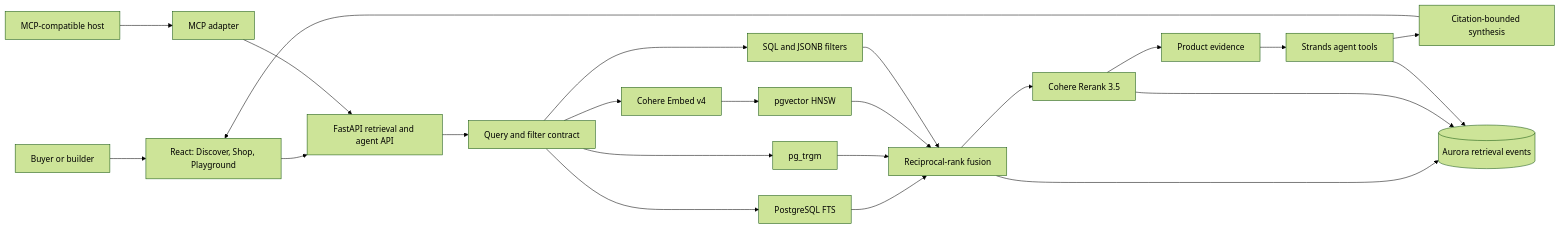
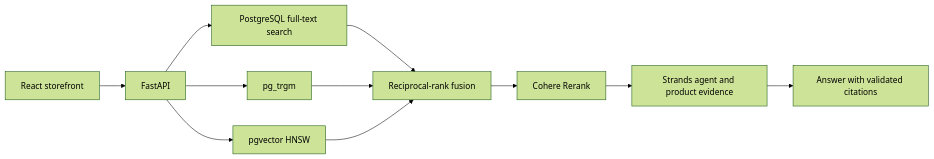
The diagram in README.md (aws-samples/sample-agentic-hybrid-retrieval-aurora-postgresql), drawn with Mermaid (forest theme) before and after one commit. The commit also changed other lines of this file, not shown here.

````diff
--- a/README.md
+++ b/README.md
@@ -287,28 +92,13 @@
 ```mermaid
 flowchart LR
-    U[Buyer or builder] --> UI[React: Discover, Shop, Playground]
-    UI --> API[FastAPI retrieval and agent API]
-    H[MCP-compatible host] --> MCP[MCP adapter]
-    MCP --> API
-
-    API --> Q[Query and filter contract]
-    Q --> FTS[PostgreSQL FTS]
-    Q --> TRI[pg_trgm]
-    Q --> EMB[Cohere Embed v4]
-    EMB --> HNSW[pgvector HNSW]
-    Q --> FIL[SQL and JSONB filters]
-
+    UI[React storefront] --> API[FastAPI]
+    API --> FTS[PostgreSQL full-text search]
+    API --> TRGM[pg_trgm]
+    API --> VECTOR[pgvector HNSW]
     FTS --> RRF[Reciprocal-rank fusion]
-    TRI --> RRF
-    HNSW --> RRF
-    FIL --> RRF
-    RRF --> RR[Cohere Rerank 3.5]
-    RR --> EV[Product evidence]
-    EV --> AG[Strands agent tools]
-    AG --> SYN[Citation-bounded synthesis]
-    SYN --> UI
-
-    RRF --> AUDIT[(Aurora retrieval events)]
-    RR --> AUDIT
-    AG --> AUDIT
+    TRGM --> RRF
+    VECTOR --> RRF
+    RRF --> RERANK[Cohere Rerank]
+    RERANK --> AGENT[Strands agent and product evidence]
+    AGENT --> ANSWER[Answer with validated citations]
 ```
````
